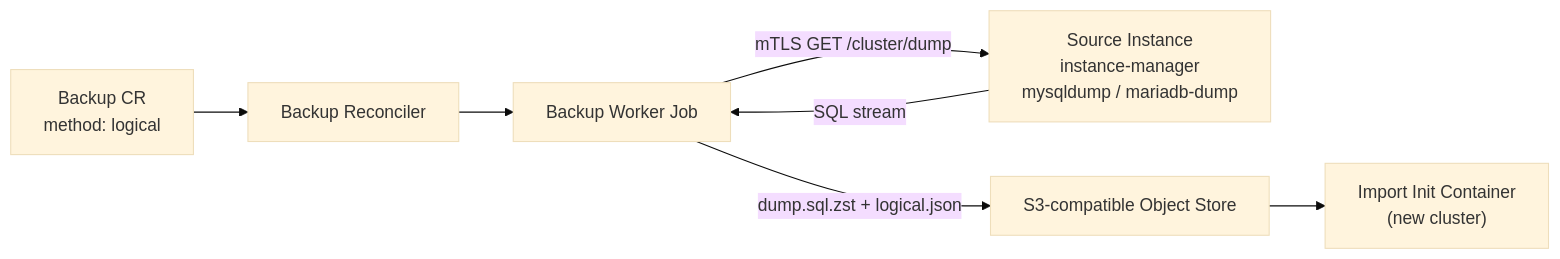
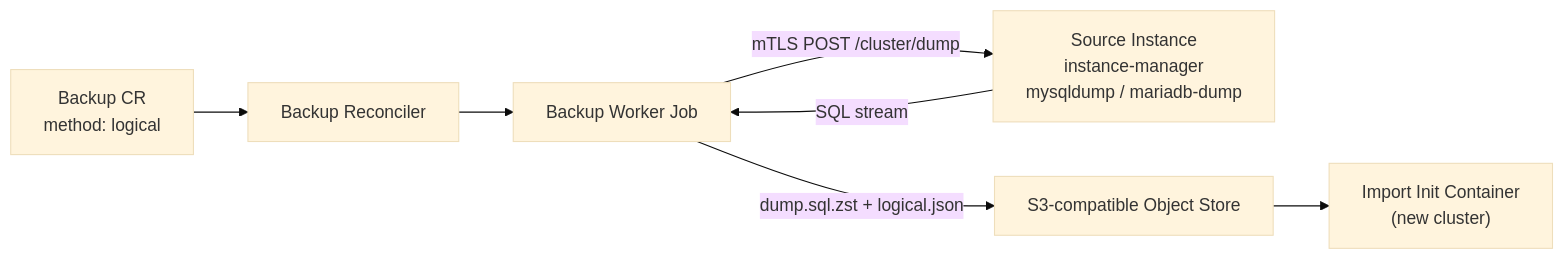
Before and after one commit to cnmsql/cnmsql: the diagram in docs/src/logical-backups.md, drawn with Mermaid (base theme). The commit also changed other lines of this file and 5 other files, not shown here.

````diff
--- a/docs/src/logical-backups.md
+++ b/docs/src/logical-backups.md
@@ -33,16 +33,16 @@
 ```mermaid
 flowchart LR
     BackupCR["Backup CR\nmethod: logical"]
     Operator["Backup Reconciler"]
     Job["Backup Worker Job"]
     Source["Source Instance\ninstance-manager\nmysqldump / mariadb-dump"]
     Store["S3-compatible Object Store"]
     Import["Import Init Container\n(new cluster)"]
 
     BackupCR --> Operator
     Operator --> Job
-    Job -->|"mTLS GET /cluster/dump"| Source
+    Job -->|"mTLS POST /cluster/dump"| Source
     Source -->|"SQL stream"| Job
     Job -->|"dump.sql.zst + logical.json"| Store
     Store --> Import
 ```
````
